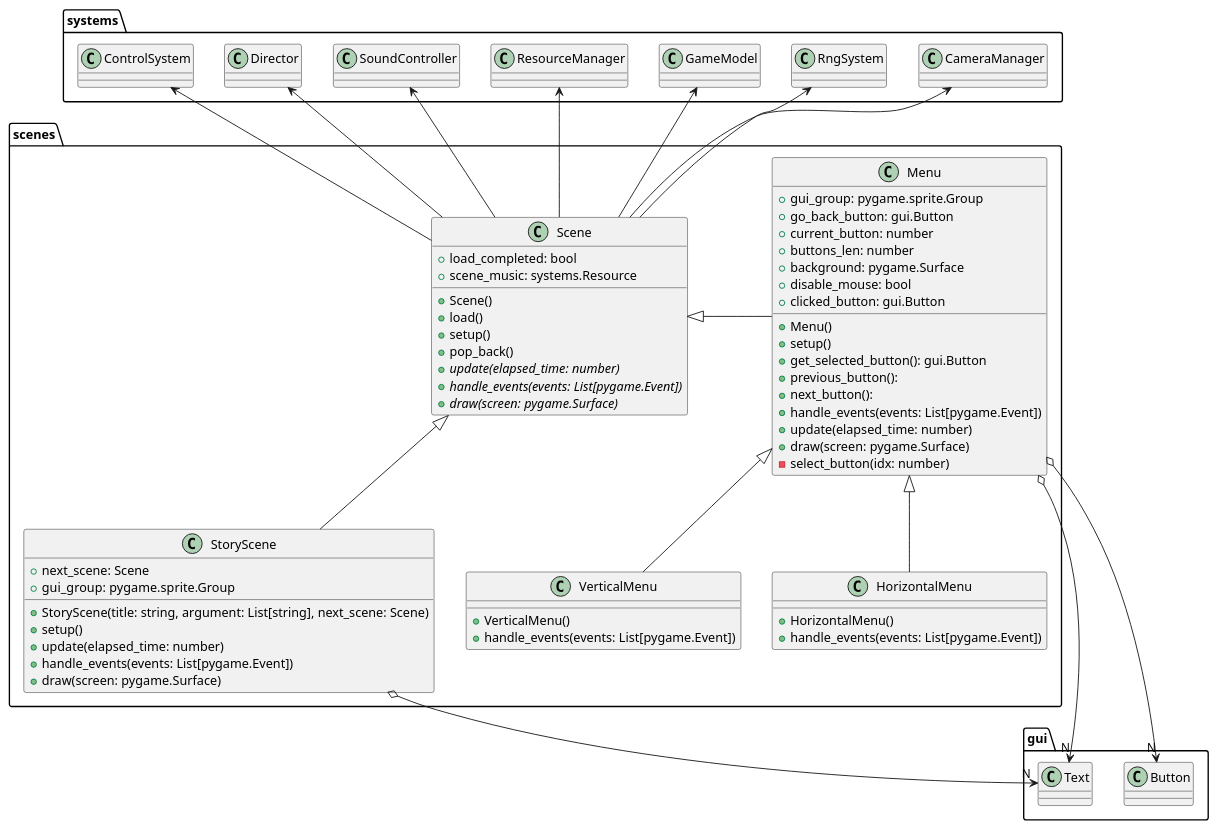
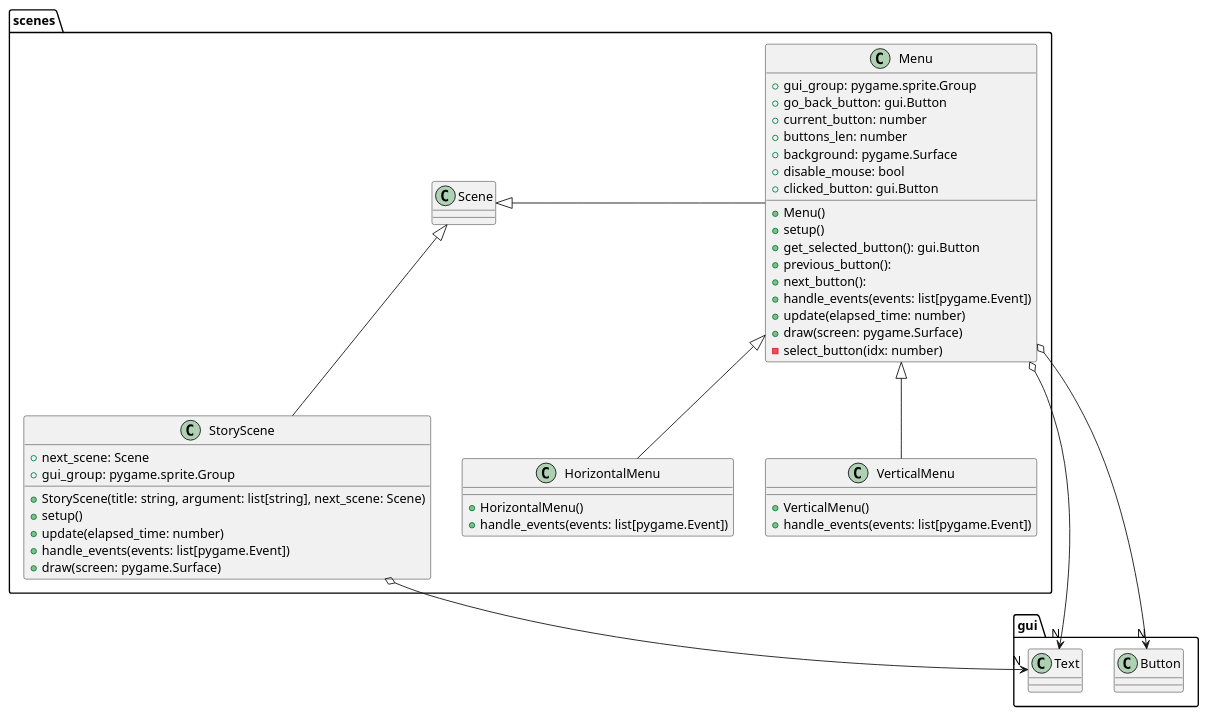
The diagram in docs/diagrams/menus/menus.pu (daavidrgz/galactic-gambit), drawn with PlantUML before and after one commit. The commit also changed 8 other files, not shown here.

```diff
--- a/docs/diagrams/menus/menus.pu
+++ b/docs/diagrams/menus/menus.pu
@@ -1,74 +1,53 @@
 @startuml menus
-
-class scenes.Scene {
-	+ load_completed: bool
-	+ scene_music: systems.Resource
-
-	+ Scene()
-	+ load()
-	+ setup()
-	+ pop_back()
-	{abstract} + update(elapsed_time: number)
-	{abstract} + handle_events(events: List[pygame.Event])
-	{abstract} + draw(screen: pygame.Surface)
-}
 
 class scenes.Menu {
 	+ gui_group: pygame.sprite.Group
 	+ go_back_button: gui.Button
 	+ current_button: number
 	+ buttons_len: number
 	+ background: pygame.Surface
 	+ disable_mouse: bool
 	+ clicked_button: gui.Button
 
 	+ Menu()
 	+ setup()
 	+ get_selected_button(): gui.Button
 	+ previous_button():
 	+ next_button():
-	+ handle_events(events: List[pygame.Event])
+	+ handle_events(events: list[pygame.Event])
 	+ update(elapsed_time: number)
 	+ draw(screen: pygame.Surface)
 	- select_button(idx: number)
 }
 
 class scenes.VerticalMenu {
 	+ VerticalMenu()
-	+ handle_events(events: List[pygame.Event])
+	+ handle_events(events: list[pygame.Event])
 }
 
 class scenes.HorizontalMenu {
 	+ HorizontalMenu()
-	+ handle_events(events: List[pygame.Event])
+	+ handle_events(events: list[pygame.Event])
 }
 
 class scenes.StoryScene extends scenes.Scene {
 	+ next_scene: Scene
 	+ gui_group: pygame.sprite.Group
 
-	+ StoryScene(title: string, argument: List[string], next_scene: Scene)
+	+ StoryScene(title: string, argument: list[string], next_scene: Scene)
 	+ setup()
 	+ update(elapsed_time: number)
-	+ handle_events(events: List[pygame.Event])
+	+ handle_events(events: list[pygame.Event])
 	+ draw(screen: pygame.Surface)
 }
 
-scenes.Menu -left-|> scenes.Scene
+scenes.Menu -right-|> scenes.Scene
 
 scenes.VerticalMenu -up-|> scenes.Menu
 scenes.HorizontalMenu -up-|> scenes.Menu
-
-scenes.Scene -up-> systems.ControlSystem
-scenes.Scene -up-> systems.Director
-scenes.Scene -up-> systems.SoundController
-scenes.Scene -up-> systems.ResourceManager
-scenes.Scene -up-> systems.GameModel
-scenes.Scene -up-> systems.RngSystem
-scenes.Scene -up-> systems.CameraManager
 
 scenes.Menu o--> "N" gui.Button
 scenes.StoryScene o--> "N" gui.Text
 scenes.Menu o--> "N" gui.Text
 
 @enduml
```
